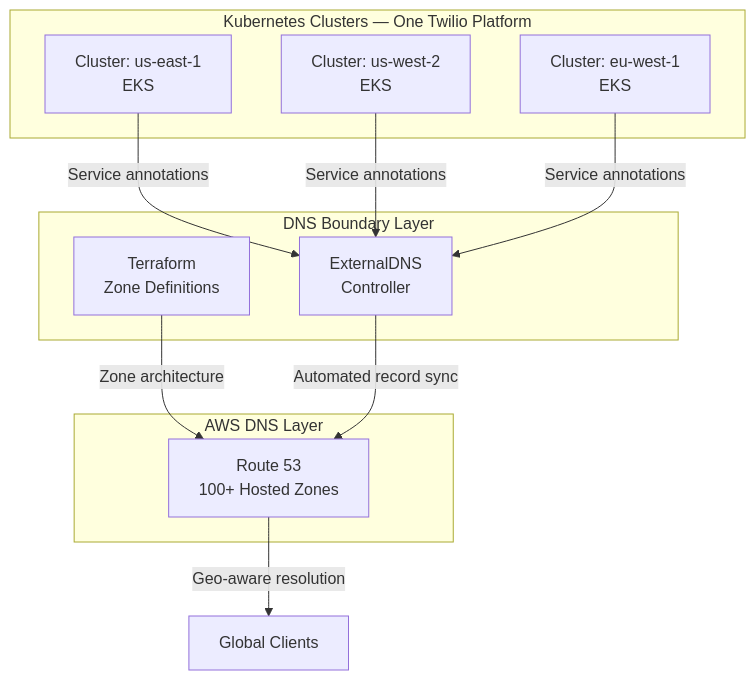
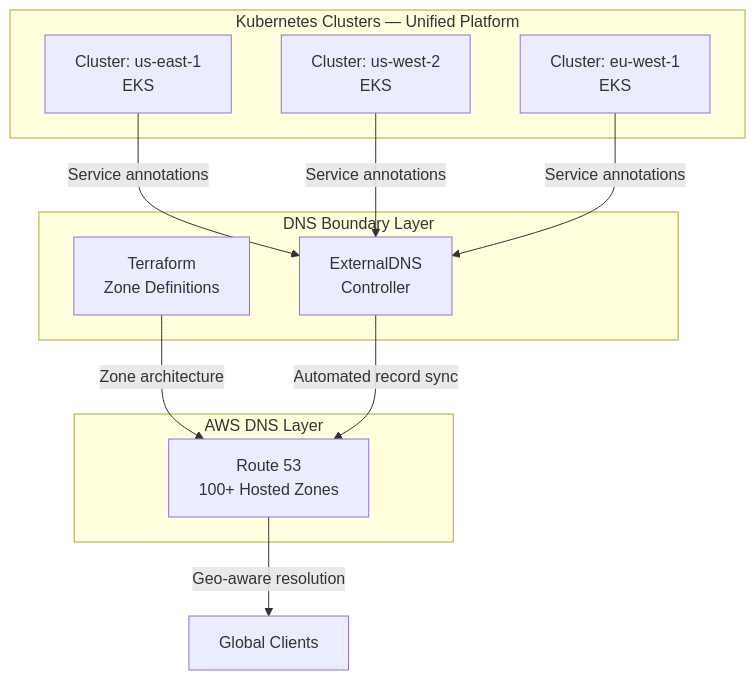
The diagram in docs/case-studies/dns-modernization.mdx (juanfe2793/Portfolio), drawn with Mermaid before and after one commit. The commit also changed other lines of this file and 2 other files, not shown here.

````diff
--- a/docs/case-studies/dns-modernization.mdx
+++ b/docs/case-studies/dns-modernization.mdx
@@ -62,24 +62,24 @@
 ```mermaid
 graph TB
-  subgraph K8s["Kubernetes Clusters — One Twilio Platform"]
+  subgraph K8s["Kubernetes Clusters — Unified Platform"]
     C1["Cluster: us-east-1\nEKS"]
     C2["Cluster: us-west-2\nEKS"]
     C3["Cluster: eu-west-1\nEKS"]
   end
 
   subgraph Boundary["DNS Boundary Layer"]
     ED["ExternalDNS\nController"]
     TF["Terraform\nZone Definitions"]
   end
 
   subgraph Cloud["AWS DNS Layer"]
     R53["Route 53\n100+ Hosted Zones"]
   end
 
   C1 -->|"Service annotations"| ED
   C2 -->|"Service annotations"| ED
   C3 -->|"Service annotations"| ED
   TF -->|"Zone architecture"| R53
   ED -->|"Automated record sync"| R53
   R53 -->|"Geo-aware resolution"| CLIENTS["Global Clients"]
 ```
````
